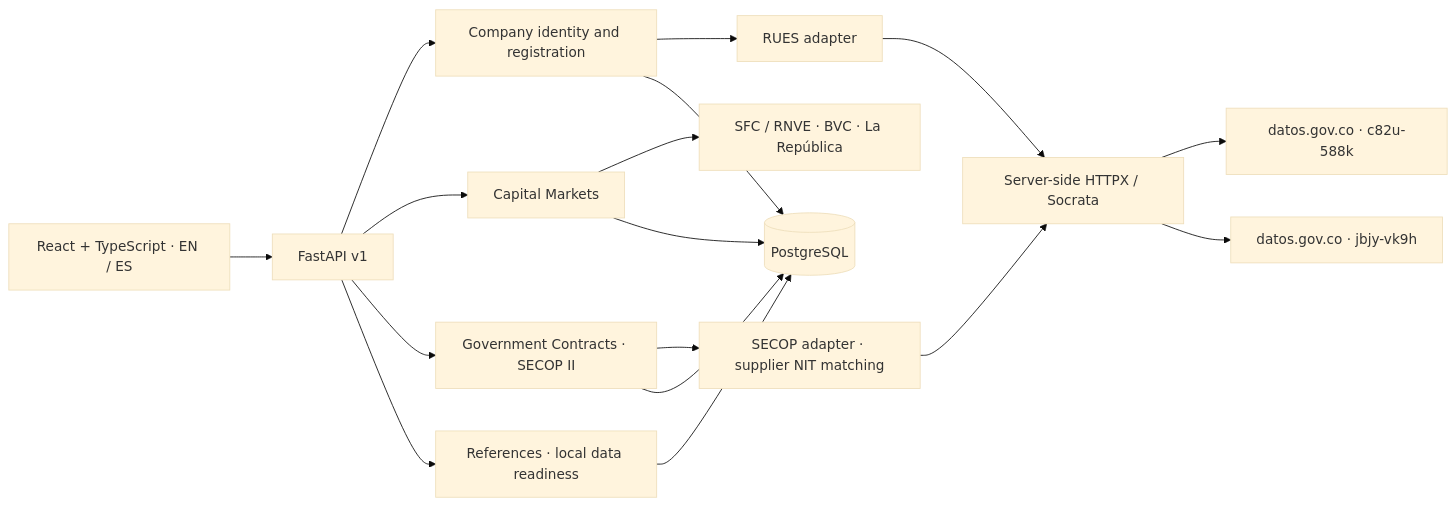
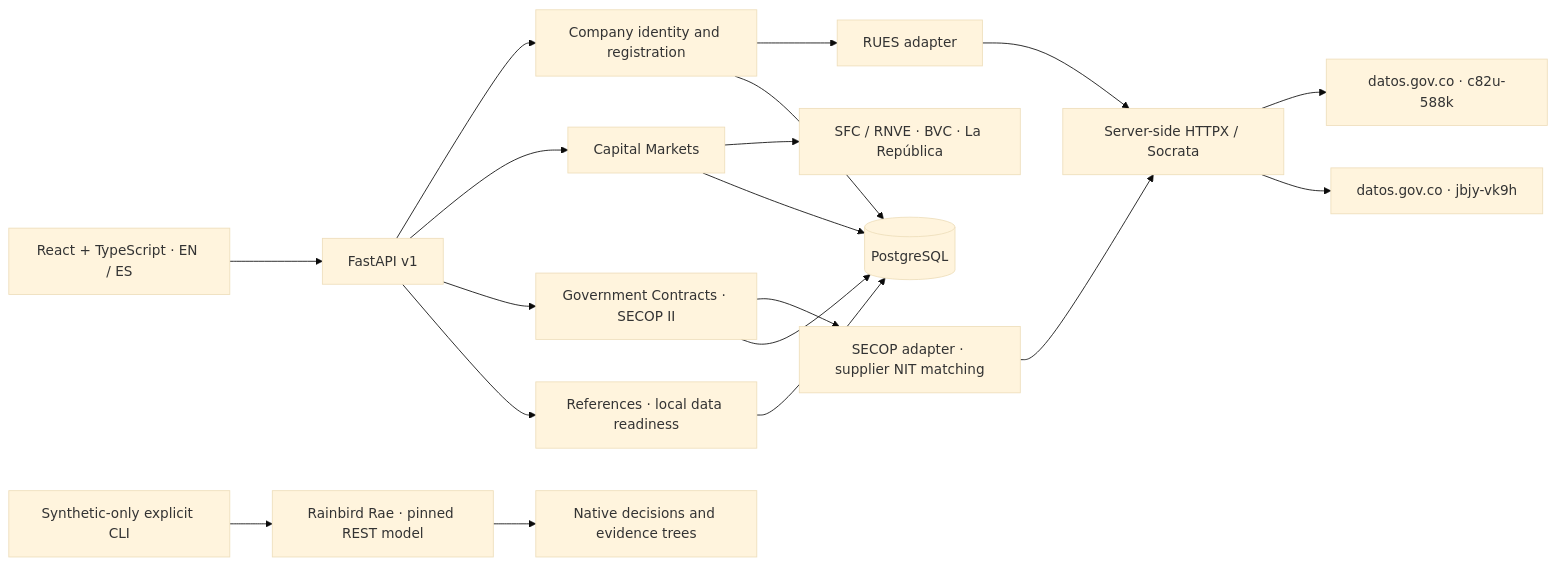
Before and after one commit to molartep/colombia-company-intelligence: the diagram in README.md, drawn with Mermaid (base theme). The commit also changed other lines of this file and 67 other files, not shown here.

````diff
--- a/README.md
+++ b/README.md
@@ -33,19 +53,21 @@
 ```mermaid
 flowchart LR
     Browser[React + TypeScript · EN / ES] --> API[FastAPI v1]
     API --> Identity[Company identity and registration]
     API --> Markets[Capital Markets]
     API --> Contracts[Government Contracts · SECOP II]
     API --> References[References · local data readiness]
     Identity --> RUESAdapter[RUES adapter]
     Contracts --> SECOPAdapter[SECOP adapter · supplier NIT matching]
     RUESAdapter --> Client[Server-side HTTPX / Socrata]
     SECOPAdapter --> Client
     Client --> RUES[datos.gov.co · c82u-588k]
     Client --> SECOP[datos.gov.co · jbjy-vk9h]
     Markets --> MarketSources[SFC / RNVE · BVC · La República]
     Identity --> DB[(PostgreSQL)]
     Markets --> DB
     Contracts --> DB
+    Synthetic[Synthetic-only explicit CLI] --> Rae[Rainbird Rae · pinned REST model]
+    Rae --> Native[Native decisions and evidence trees]
     References --> DB
 ```
````
